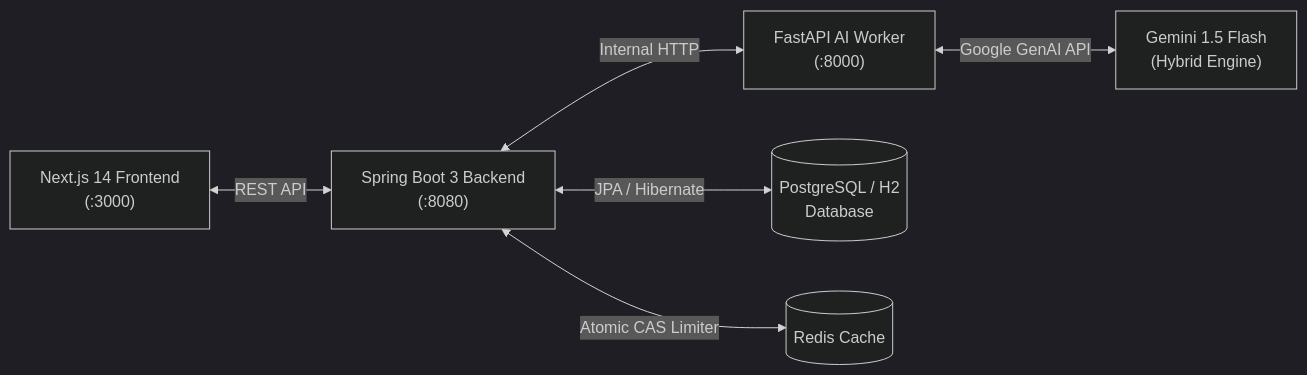
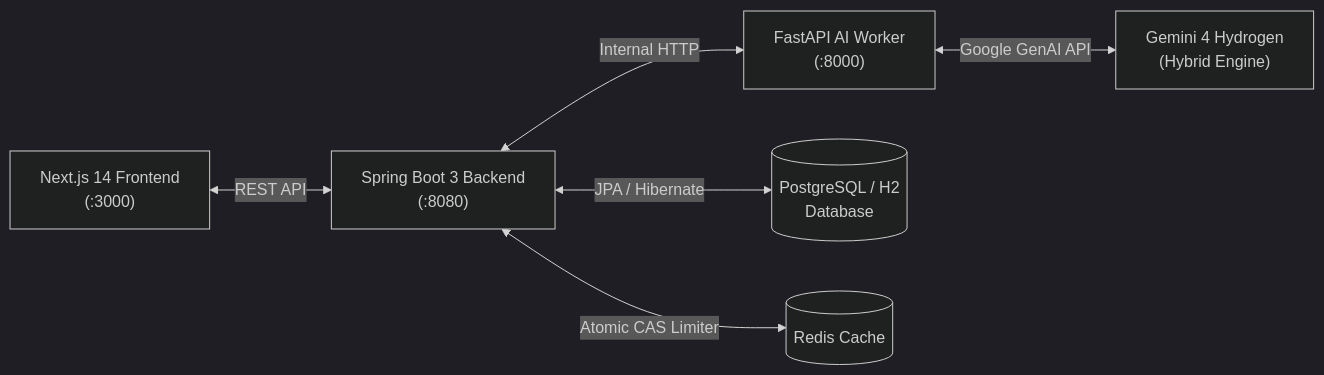
The diagram in README.md (SithumManusha/careerflow), drawn with Mermaid (dark theme) before and after one commit. The commit also changed other lines of this file and 4 other files, not shown here.

Commit message:
feat(worker): migrate Gemini engine to google-genai Interactions API (gemini-4-hydrogen)

````diff
--- a/README.md
+++ b/README.md
@@ -45,8 +45,8 @@
 ```mermaid
 flowchart LR
     A["Next.js 14 Frontend<br/>(:3000)"] <-->|"REST API"| B["Spring Boot 3 Backend<br/>(:8080)"]
     B <-->|"Internal HTTP"| C["FastAPI AI Worker<br/>(:8000)"]
-    C <-->|"Google GenAI API"| F["Gemini 1.5 Flash<br/>(Hybrid Engine)"]
+    C <-->|"Google GenAI API"| F["Gemini 4 Hydrogen<br/>(Hybrid Engine)"]
     B <-->|"JPA / Hibernate"| D[("PostgreSQL / H2<br/>Database")]
     B <-->|"Atomic CAS Limiter"| E[("Redis Cache")]
 ```
````
